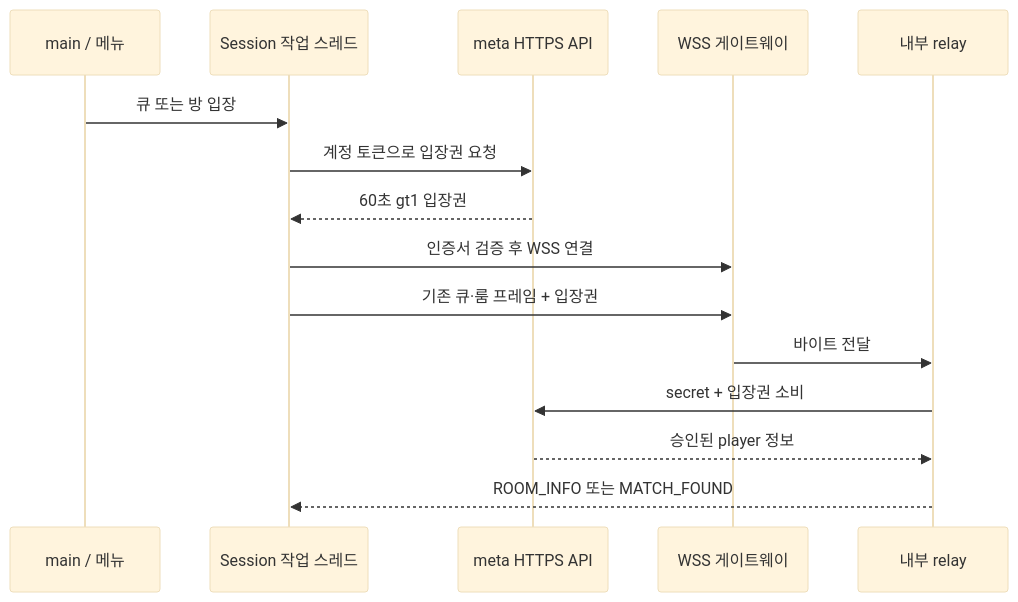
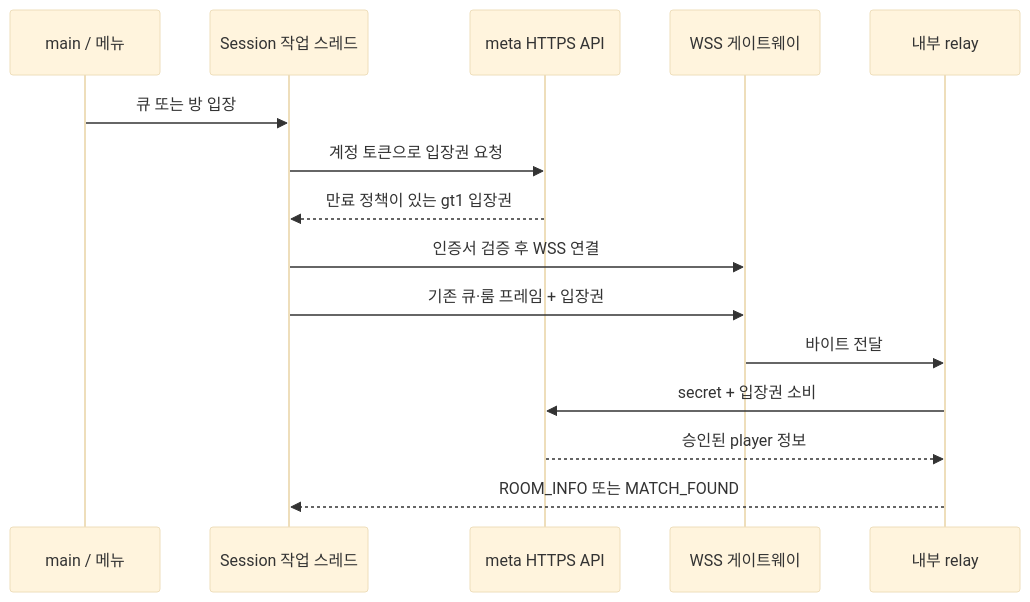
One commit to Rein-ArXiv/Tetris-Multiplayer-RL changed the second of 2 diagrams in docs/blog/part16-secure-admission.md. Above: the diagram before and after it, drawn with Mermaid (base theme). The commit also changed other lines of this file and 51035 other files, not shown here.

````diff
--- a/docs/blog/part16-secure-admission.md
+++ b/docs/blog/part16-secure-admission.md
@@ -171,17 +208,17 @@
 ```mermaid
 sequenceDiagram
     participant U as main / 메뉴
     participant S as Session 작업 스레드
     participant M as meta HTTPS API
     participant G as WSS 게이트웨이
     participant R as 내부 relay
     U->>S: 큐 또는 방 입장
     S->>M: 계정 토큰으로 입장권 요청
-    M-->>S: 60초 gt1 입장권
+    M-->>S: 만료 정책이 있는 gt1 입장권
     S->>G: 인증서 검증 후 WSS 연결
     S->>G: 기존 큐·룸 프레임 + 입장권
     G->>R: 바이트 전달
     R->>M: secret + 입장권 소비
     M-->>R: 승인된 player 정보
     R-->>S: ROOM_INFO 또는 MATCH_FOUND
 ```
````
